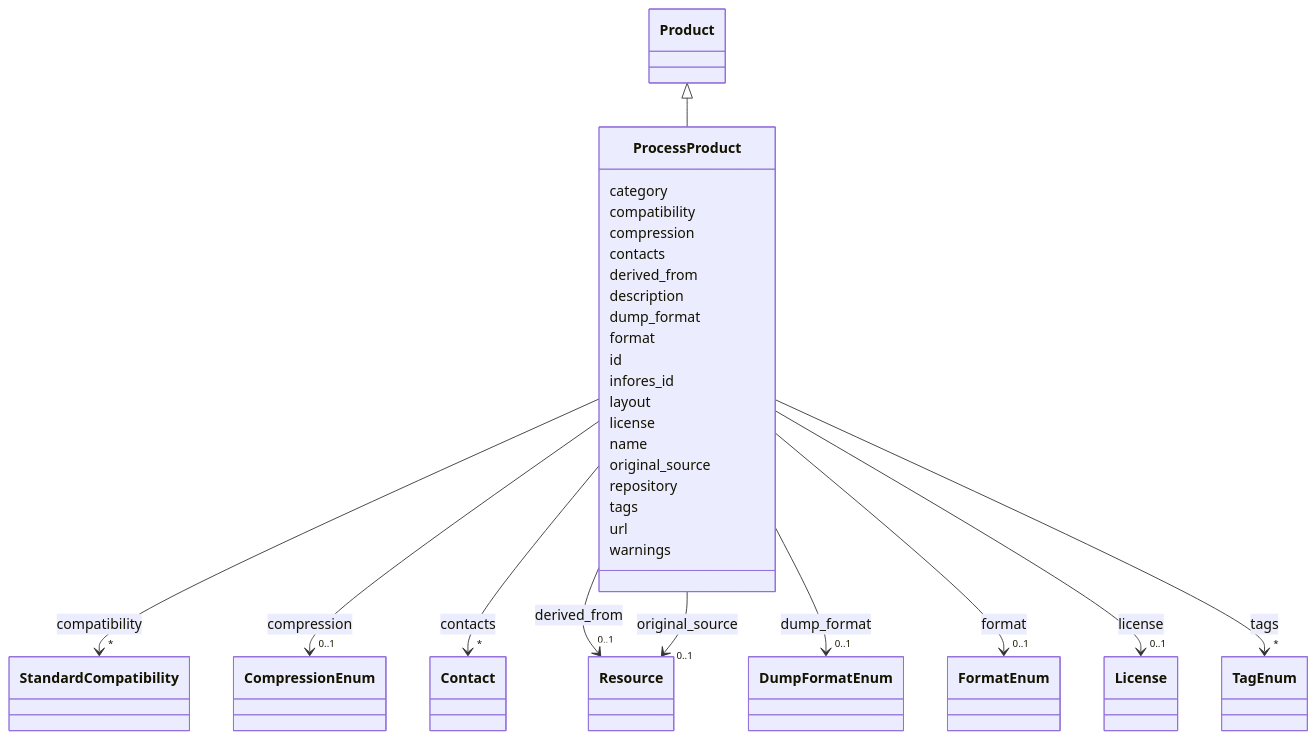
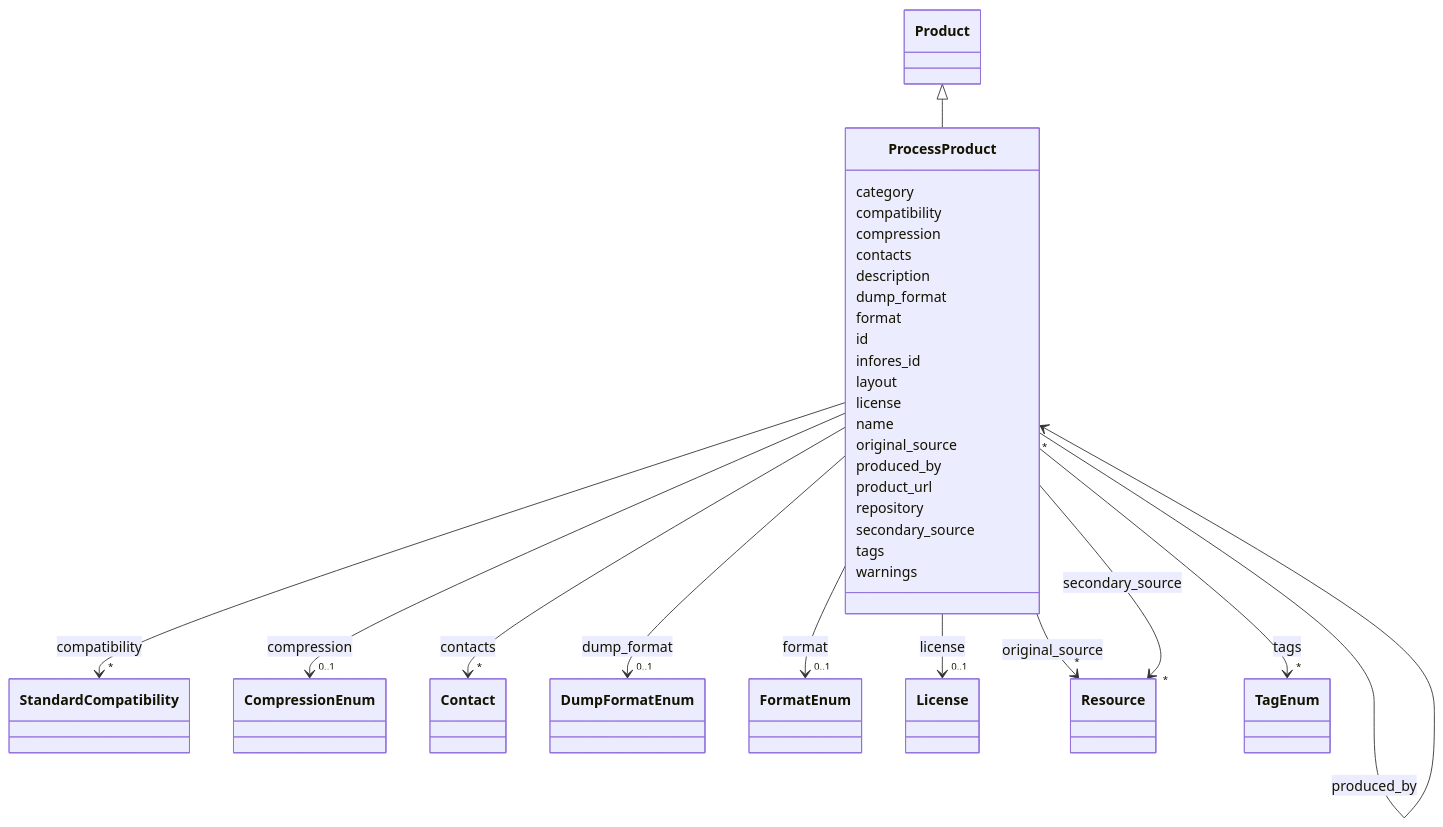
The diagram in docs/schema/ProcessProduct.md (Knowledge-Graph-Hub/kg-registry), drawn with Mermaid before and after one commit. The commit also changed other lines of this file and 56 other files, not shown here.

```diff
--- a/docs/schema/ProcessProduct.md
+++ b/docs/schema/ProcessProduct.md
@@ -55,15 +55,6 @@
     
     ProcessProduct --> "*" Contact : contacts
     click Contact href "Contact.html"
-
-        
-      ProcessProduct : derived_from
-        
-          
-    
-    
-    ProcessProduct --> "0..1" Resource : derived_from
-    click Resource href "Resource.html"
 
         
       ProcessProduct : description
@@ -108,11 +99,31 @@
           
     
     
-    ProcessProduct --> "0..1" Resource : original_source
+    ProcessProduct --> "*" Resource : original_source
     click Resource href "Resource.html"
 
         
+      ProcessProduct : produced_by
+        
+          
+    
+    
+    ProcessProduct --> "*" ProcessProduct : produced_by
+    click ProcessProduct href "ProcessProduct.html"
+
+        
+      ProcessProduct : product_url
+        
       ProcessProduct : repository
+        
+      ProcessProduct : secondary_source
+        
+          
+    
+    
+    ProcessProduct --> "*" Resource : secondary_source
+    click Resource href "Resource.html"
+
         
       ProcessProduct : tags
         
@@ -123,8 +134,6 @@
     click TagEnum href "TagEnum.html"
 
         
-      ProcessProduct : url
-        
       ProcessProduct : warnings
         
       
```
